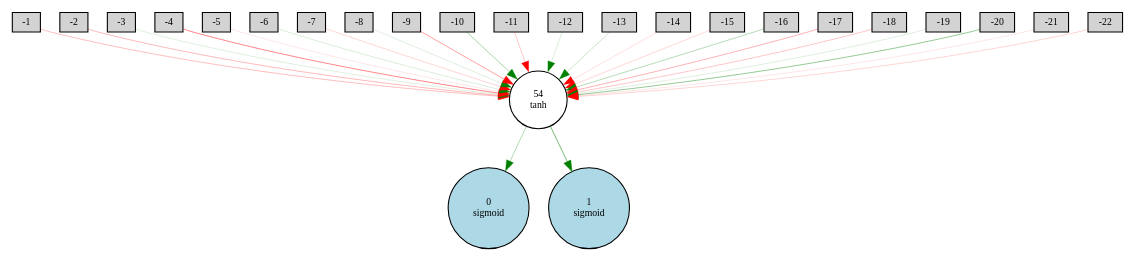
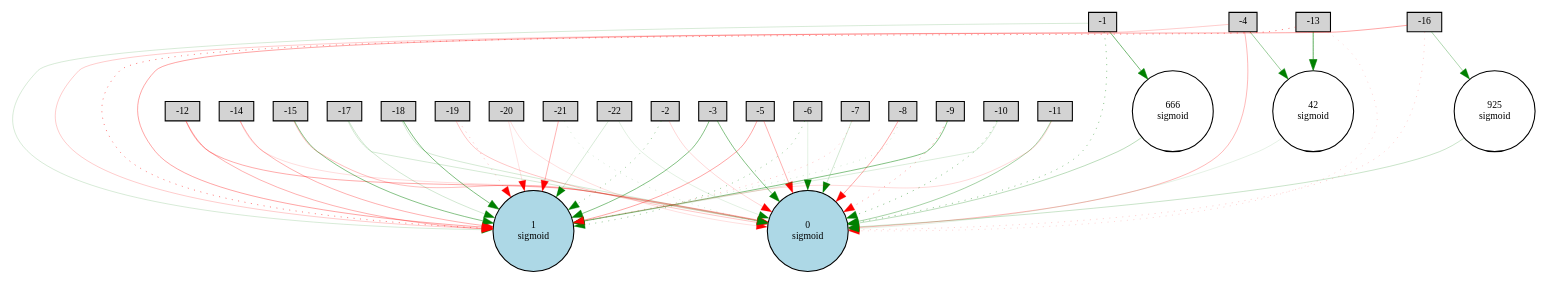
Before and after one commit to winatawelly/skripsi: the diagram in Digraph.gv, drawn with Graphviz. The commit also changed 19 other files, not shown here.

```diff
--- a/Digraph.gv
+++ b/Digraph.gv
@@ -1,55 +1,86 @@
 digraph {
 	node [fontsize=9 height=0.2 shape=circle width=0.2]
 	A [label=-1 fillcolor=lightgray shape=box style=filled]
 	B [label=-2 fillcolor=lightgray shape=box style=filled]
 	-3 [label=-3 fillcolor=lightgray shape=box style=filled]
 	-4 [label=-4 fillcolor=lightgray shape=box style=filled]
 	-5 [label=-5 fillcolor=lightgray shape=box style=filled]
 	-6 [label=-6 fillcolor=lightgray shape=box style=filled]
 	-7 [label=-7 fillcolor=lightgray shape=box style=filled]
 	-8 [label=-8 fillcolor=lightgray shape=box style=filled]
 	-9 [label=-9 fillcolor=lightgray shape=box style=filled]
 	-10 [label=-10 fillcolor=lightgray shape=box style=filled]
 	-11 [label=-11 fillcolor=lightgray shape=box style=filled]
 	-12 [label=-12 fillcolor=lightgray shape=box style=filled]
 	-13 [label=-13 fillcolor=lightgray shape=box style=filled]
 	-14 [label=-14 fillcolor=lightgray shape=box style=filled]
 	-15 [label=-15 fillcolor=lightgray shape=box style=filled]
 	-16 [label=-16 fillcolor=lightgray shape=box style=filled]
 	-17 [label=-17 fillcolor=lightgray shape=box style=filled]
 	-18 [label=-18 fillcolor=lightgray shape=box style=filled]
 	-19 [label=-19 fillcolor=lightgray shape=box style=filled]
 	-20 [label=-20 fillcolor=lightgray shape=box style=filled]
 	-21 [label=-21 fillcolor=lightgray shape=box style=filled]
 	-22 [label=-22 fillcolor=lightgray shape=box style=filled]
 	"A XOR B" [label="0
 sigmoid" fillcolor=lightblue style=filled]
 	1 [label="1
 sigmoid" fillcolor=lightblue style=filled]
-	54 [label="54
-tanh" fillcolor=white style=filled]
-	A -> 54 [color=red penwidth=0.23990545568628904 style=solid]
-	B -> 54 [color=red penwidth=0.26011228704172196 style=solid]
-	-3 -> 54 [color=green penwidth=0.12334094875023212 style=solid]
-	-4 -> 54 [color=red penwidth=0.4370498354496858 style=solid]
-	-5 -> 54 [color=red penwidth=0.1033198641094163 style=solid]
-	-6 -> 54 [color=green penwidth=0.14218030583717198 style=solid]
-	-7 -> 54 [color=red penwidth=0.15984240965023036 style=solid]
-	-8 -> 54 [color=green penwidth=0.12466793599149051 style=solid]
-	-9 -> 54 [color=red penwidth=0.3530442024556627 style=solid]
-	-10 -> 54 [color=green penwidth=0.30638649723728806 style=solid]
-	-11 -> 54 [color=red penwidth=0.19626993574723106 style=solid]
-	-12 -> 54 [color=green penwidth=0.14366590137357166 style=solid]
-	-13 -> 54 [color=green penwidth=0.18838230139543943 style=solid]
-	-14 -> 54 [color=red penwidth=0.11638688609053663 style=solid]
-	-15 -> 54 [color=red penwidth=0.14660931327077928 style=solid]
-	-16 -> 54 [color=green penwidth=0.26500345345943244 style=solid]
-	-17 -> 54 [color=red penwidth=0.27869215854108037 style=solid]
-	-18 -> 54 [color=red penwidth=0.20749372649164494 style=solid]
-	-19 -> 54 [color=green penwidth=0.11918042469475607 style=solid]
-	-20 -> 54 [color=green penwidth=0.39354304162693465 style=solid]
-	-21 -> 54 [color=red penwidth=0.10275199454066501 style=solid]
-	-22 -> 54 [color=red penwidth=0.1603536909721638 style=solid]
-	54 -> "A XOR B" [color=green penwidth=0.2771244531300693 style=solid]
-	54 -> 1 [color=green penwidth=0.5022732083317264 style=solid]
+	42 [label="42
+sigmoid" fillcolor=white style=filled]
+	666 [label="666
+sigmoid" fillcolor=white style=filled]
+	925 [label="925
+sigmoid" fillcolor=white style=filled]
+	A -> "A XOR B" [color=green penwidth=0.4024265094128826 style=dotted]
+	A -> 1 [color=green penwidth=0.1509391373478055 style=solid]
+	B -> "A XOR B" [color=red penwidth=0.15283014092112635 style=solid]
+	B -> 1 [color=green penwidth=0.35571082596924 style=dotted]
+	-3 -> "A XOR B" [color=green penwidth=0.4514657997460686 style=solid]
+	-3 -> 1 [color=green penwidth=0.44585357551614824 style=solid]
+	-4 -> "A XOR B" [color=red penwidth=0.2566131239985525 style=solid]
+	-4 -> 1 [color=red penwidth=0.18857601863899343 style=solid]
+	-5 -> "A XOR B" [color=red penwidth=0.29199133100207575 style=solid]
+	-5 -> 1 [color=red penwidth=0.32892012507108714 style=solid]
+	-6 -> "A XOR B" [color=green penwidth=0.11011836824407775 style=solid]
+	-6 -> 1 [color=green penwidth=0.3630507866159278 style=dotted]
+	-7 -> "A XOR B" [color=green penwidth=0.16820915971723727 style=solid]
+	-7 -> 1 [color=red penwidth=0.2028284754281774 style=dotted]
+	-8 -> "A XOR B" [color=red penwidth=0.3172032439336857 style=solid]
+	-8 -> 1 [color=green penwidth=0.15863933545009856 style=dotted]
+	-9 -> "A XOR B" [color=red penwidth=0.32876810981730775 style=dotted]
+	-9 -> 1 [color=green penwidth=0.4527307127104431 style=solid]
+	-10 -> "A XOR B" [color=green penwidth=0.43334504922566797 style=dotted]
+	-10 -> 1 [color=green penwidth=0.1394451522784682 style=solid]
+	-11 -> "A XOR B" [color=green penwidth=0.3281566382330847 style=solid]
+	-11 -> 1 [color=red penwidth=0.1355507153739497 style=solid]
+	-12 -> "A XOR B" [color=red penwidth=0.3135014578622005 style=solid]
+	-12 -> 1 [color=red penwidth=0.28530307339979855 style=solid]
+	-13 -> "A XOR B" [color=red penwidth=0.1541498261572371 style=dotted]
+	-13 -> 1 [color=red penwidth=0.46482592756242447 style=dotted]
+	-14 -> "A XOR B" [color=red penwidth=0.1333512922862487 style=solid]
+	-14 -> 1 [color=red penwidth=0.2946366828021232 style=solid]
+	-15 -> "A XOR B" [color=red penwidth=0.24183590099759963 style=solid]
+	-15 -> 1 [color=green penwidth=0.44043596948648867 style=solid]
+	-16 -> "A XOR B" [color=red penwidth=0.18207254813467416 style=dotted]
+	-16 -> 1 [color=red penwidth=0.3338276703061892 style=solid]
+	-17 -> "A XOR B" [color=green penwidth=0.1605055785974476 style=solid]
+	-17 -> 1 [color=green penwidth=0.16964639950871357 style=solid]
+	-18 -> "A XOR B" [color=green penwidth=0.15931645385314402 style=solid]
+	-18 -> 1 [color=green penwidth=0.46804921832888935 style=solid]
+	-19 -> "A XOR B" [color=red penwidth=0.20743977336030522 style=solid]
+	-19 -> 1 [color=red penwidth=0.2287732568987819 style=dotted]
+	-20 -> "A XOR B" [color=red penwidth=0.12313858981044534 style=solid]
+	-20 -> 1 [color=red penwidth=0.10998293483033163 style=solid]
+	-21 -> "A XOR B" [color=green penwidth=0.1503324466070592 style=dotted]
+	-21 -> 1 [color=red penwidth=0.2767423702576459 style=solid]
+	-22 -> "A XOR B" [color=green penwidth=0.11300409884498158 style=solid]
+	-22 -> 1 [color=green penwidth=0.15361054632040433 style=solid]
+	-13 -> 42 [color=green penwidth=0.5988454157637195 style=solid]
+	42 -> "A XOR B" [color=green penwidth=0.10025322650657709 style=solid]
+	-4 -> 42 [color=green penwidth=0.37173131482480026 style=solid]
+	A -> 666 [color=green penwidth=0.5146862427798465 style=solid]
+	666 -> "A XOR B" [color=green penwidth=0.2543702982807077 style=solid]
+	-16 -> 925 [color=green penwidth=0.30000000000000004 style=solid]
+	925 -> "A XOR B" [color=green penwidth=0.2011709257694182 style=solid]
 }
```
